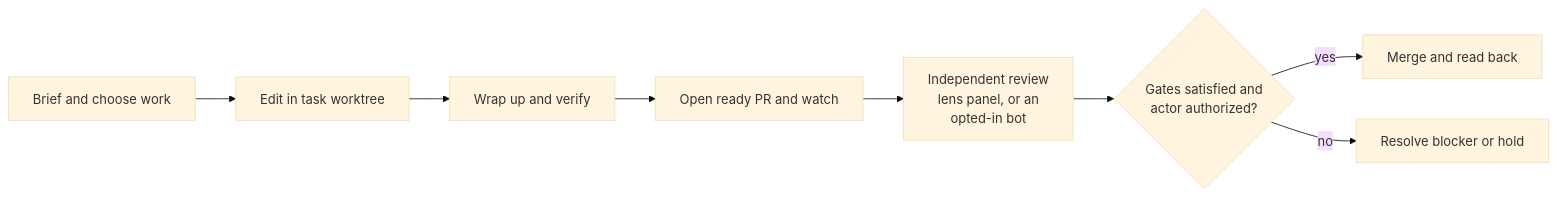
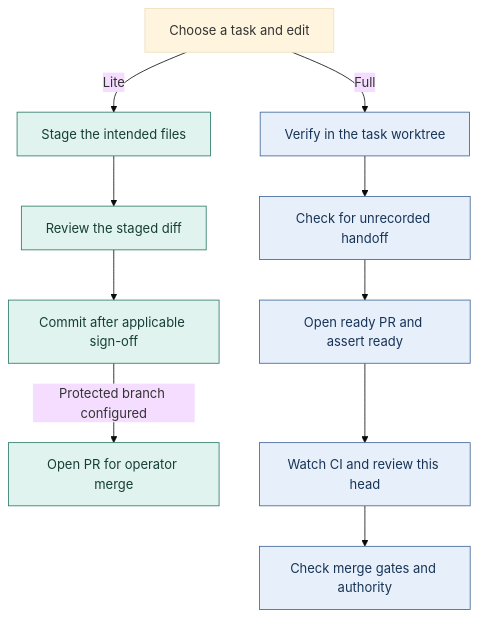
One commit to topij/agentic-dev-kit changed the first of 2 diagrams in README.md. Above: the diagram before and after it, drawn with Mermaid (base theme). The commit also changed other lines of this file and 12 other files, not shown here.

````diff
--- a/README.md
+++ b/README.md
@@ -65,10 +87,18 @@
 ```mermaid
-flowchart LR
-    Start["Brief and choose work"] --> Work["Edit in task worktree"]
-    Work --> Record["Wrap up and verify"]
-    Record --> Review["Open ready PR and watch"]
-    Review --> Independent["Independent review<br/>lens panel, or an<br/>opted-in bot"]
-    Independent --> Decision{"Gates satisfied and<br/>actor authorized?"}
-    Decision -->|yes| Merge["Merge and read back"]
-    Decision -->|no| Hold["Resolve blocker or hold"]
+flowchart TD
+    accTitle: Where Lite and Full review a change
+    accDescr: Lite reviews staged work before committing. Full verifies a task branch and reviews the pull request head.
+    classDef lite fill:#e1f3ef,stroke:#287865,color:#163d36
+    classDef full fill:#e7effb,stroke:#3c6396,color:#173456
+    Work["Choose a task and edit"] -->|Lite| Stage["Stage the intended files"]
+    Stage --> Review["Review the staged diff"]
+    Review --> Commit["Commit after applicable sign-off"]
+    Commit -->|Protected branch configured| LitePR["Open PR for operator merge"]
+    Work -->|Full| Task["Verify in the task worktree"]
+    Task --> Handoff["Check for unrecorded handoff"]
+    Handoff --> Ready["Open ready PR and assert ready"]
+    Ready --> Watch["Watch CI and review this head"]
+    Watch --> Policy["Check merge gates and authority"]
+    class Stage,Review,Commit,LitePR lite
+    class Task,Handoff,Ready,Watch,Policy full
 ```
````
